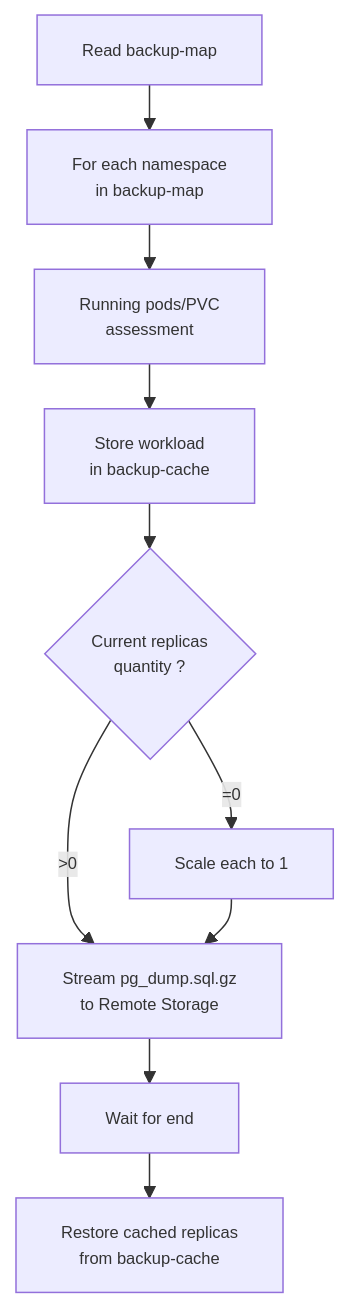
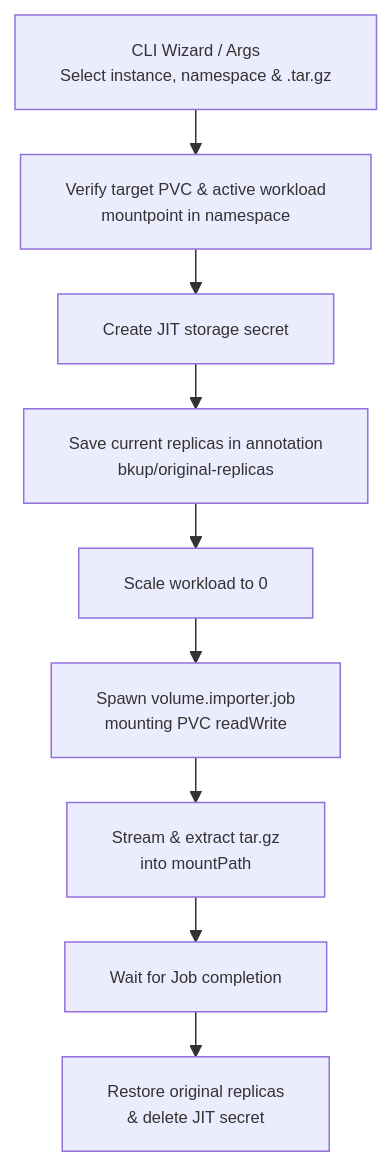
One commit to Cosmo-Tech/bkup changed the third of 5 diagrams in README.md. Above: the diagram before and after it, drawn with Mermaid. The commit also changed other lines of this file and 28 other files, not shown here.

````diff
--- a/README.md
+++ b/README.md
@@ -78,14 +109,13 @@
 ```mermaid
 %%{init: { 'themeVariables': { 'fontSize': '11px' }, 'flowchart': { 'rankSpacing': 30 } } }%%
 flowchart TD
-    A[Read backup-map]
-    --> B[For each namespace <br> in backup-map]
-    --> C[Running pods/PVC <br> assessment]
-    --> D[Store workload <br> in backup-cache]
-    D --> E{Current replicas <br> quantity ?}
-    E -->|=0| F[Scale each to 1]
-    E -->|>0| G[Keep as it is]
-    F --> G[Stream pg_dump.sql.gz <br> to Remote Storage]
-    G --> H[Wait for end]
-    H --> I[Restore cached replicas <br> from backup-cache]
+    A[CLI Wizard / Args <br> Select instance, namespace & .tar.gz]
+    --> B[Verify target PVC & active workload <br> mountpoint in namespace]
+    --> C[Create JIT storage secret]
+    --> D[Save current replicas in annotation <br> bkup/original-replicas]
+    --> E[Scale workload to 0]
+    --> F[Spawn volume.importer.job <br> mounting PVC readWrite]
+    --> G[Stream & extract tar.gz <br> into mountPath]
+    --> H[Wait for Job completion]
+    --> I[Restore original replicas <br> & delete JIT secret]
 ```
````
